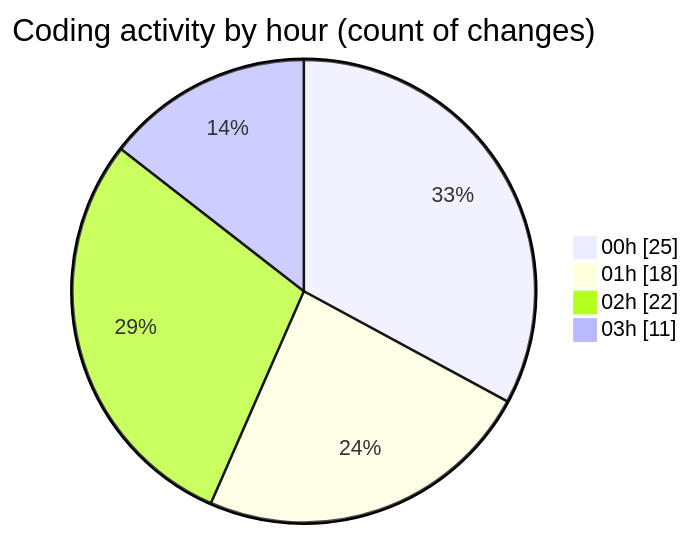
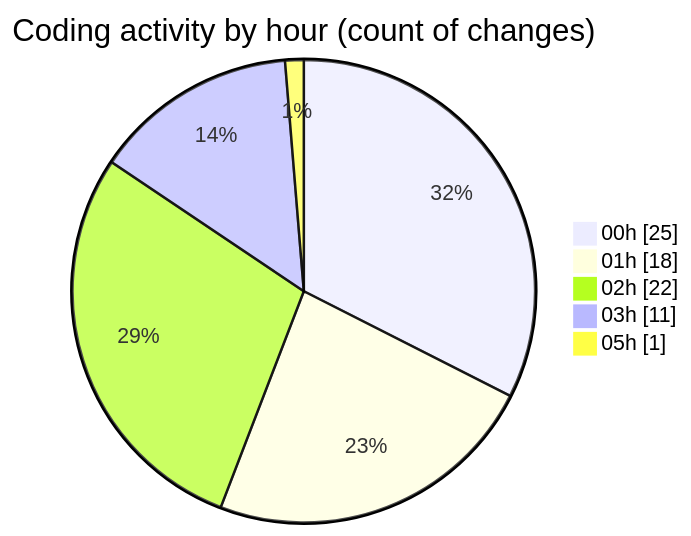
The second of 2 diagrams in 2025-07-18/ribbon/README.md (EIIisD/code-tracking), drawn with Mermaid before and after one commit. The commit also changed other lines of this file and 1 other file, not shown here.

````diff
--- a/2025-07-18/ribbon/README.md
+++ b/2025-07-18/ribbon/README.md
@@ -40,8 +40,9 @@
 ```mermaid
 pie showData
 title Coding activity by hour (count of changes)
 "00h" : 25
 "01h" : 18
 "02h" : 22
 "03h" : 11
+"05h" : 1
 ```
````
